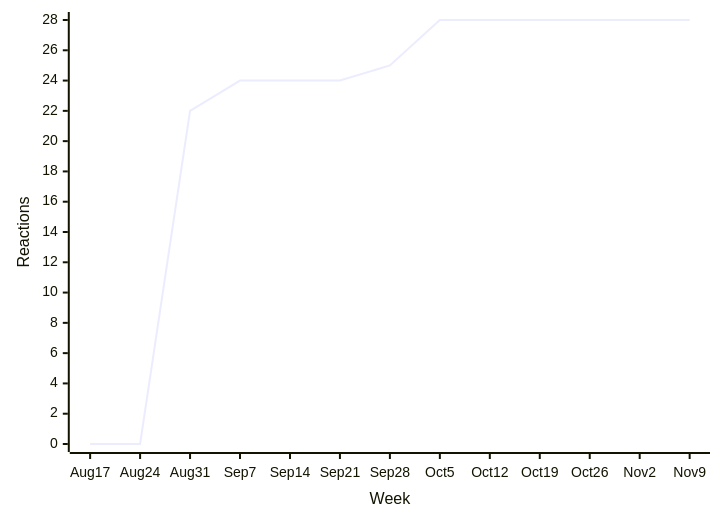
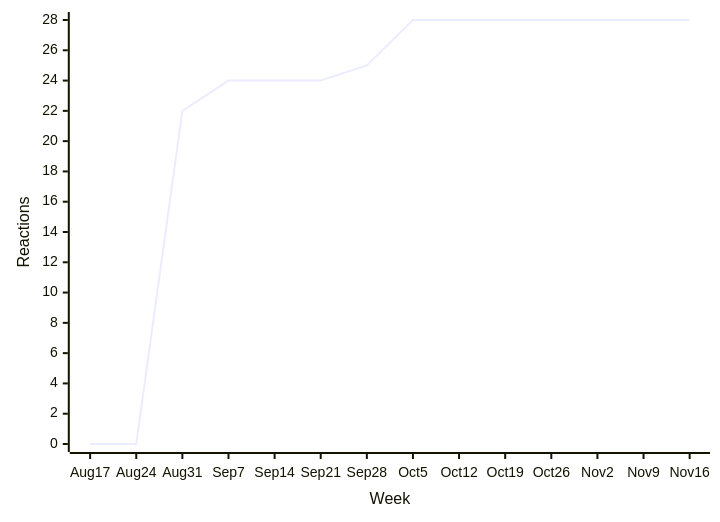
Before and after one commit to loic-sharma/github-insights: the second of 38 diagrams in README.md, drawn with Mermaid. The commit also changed other lines of this file and 3 other files, not shown here.

````diff
--- a/README.md
+++ b/README.md
@@ -341,6 +341,6 @@
   ```mermaid
   xychart-beta
-    x-axis "Week" [Aug 17, Aug 24, Aug 31, Sep 7, Sep 14, Sep 21, Sep 28, Oct 5, Oct 12, Oct 19, Oct 26, Nov 2, Nov 9]
+    x-axis "Week" [Aug 17, Aug 24, Aug 31, Sep 7, Sep 14, Sep 21, Sep 28, Oct 5, Oct 12, Oct 19, Oct 26, Nov 2, Nov 9, Nov 16]
     y-axis "Reactions"
-    line [0, 0, 22, 24, 24, 24, 25, 28, 28, 28, 28, 28, 28]
+    line [0, 0, 22, 24, 24, 24, 25, 28, 28, 28, 28, 28, 28, 28]
   ```
````
